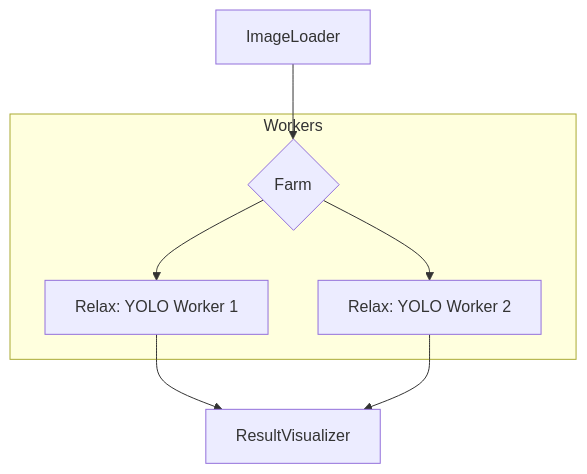
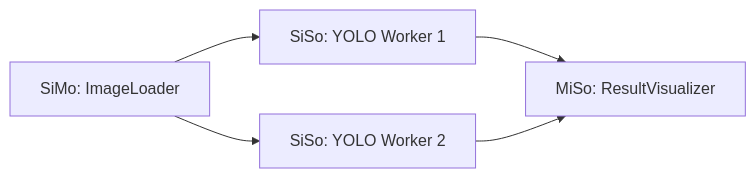
One commit to mamodev/fftvm changed the fourth of 4 diagrams in README.md. Above: the diagram before and after it, drawn with Mermaid. The commit also changed other lines of this file, not shown here.

````diff
--- a/README.md
+++ b/README.md
@@ -220,10 +175,7 @@
 ```mermaid
-graph TD
-    A[ImageLoader] --> B{Farm}
-    subgraph Workers
-        B --> W1[Relax: YOLO Worker 1]
-        B --> W2[Relax: YOLO Worker 2]
-    end
-    W1 --> C[ResultVisualizer]
-    W2 --> C
+graph LR
+    L[SiMo: ImageLoader] --> W1[SiSo: YOLO Worker 1]
+    L --> W2[SiSo: YOLO Worker 2]
+    W1 --> V[MiSo: ResultVisualizer]
+    W2 --> V
 ```
````
